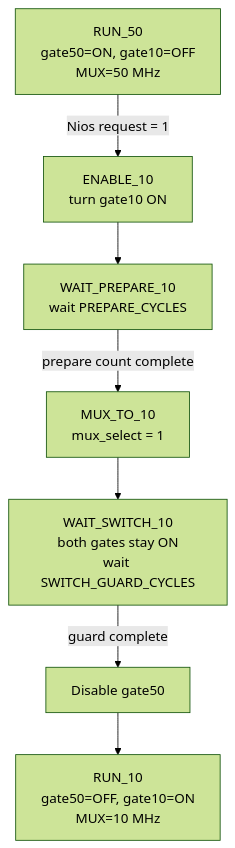
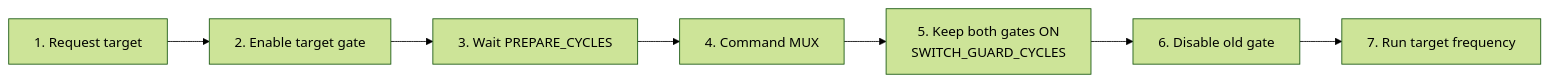
One commit to Jiayhocoding/iopll_niosv_50_10_mux_gating changed the third of 6 diagrams in README.md. Above: the diagram before and after it, drawn with Mermaid (forest theme). The commit also changed other lines of this file, not shown here.

````diff
--- a/README.md
+++ b/README.md
@@ -67,17 +103,9 @@
 ```mermaid
-flowchart TD
-    A["RUN_50<br/>gate50=ON, gate10=OFF<br/>MUX=50 MHz"]
-    B["ENABLE_10<br/>turn gate10 ON"]
-    C["WAIT_PREPARE_10<br/>wait PREPARE_CYCLES"]
-    D["MUX_TO_10<br/>mux_select = 1"]
-    E["WAIT_SWITCH_10<br/>both gates stay ON<br/>wait SWITCH_GUARD_CYCLES"]
-    F["Disable gate50"]
-    G["RUN_10<br/>gate50=OFF, gate10=ON<br/>MUX=10 MHz"]
-
-    A -->|"Nios request = 1"| B
-    B --> C
-    C -->|"prepare count complete"| D
-    D --> E
-    E -->|"guard complete"| F
-    F --> G
+flowchart LR
+    A["1. Request target"] --> B["2. Enable target gate"]
+    B --> C["3. Wait PREPARE_CYCLES"]
+    C --> D["4. Command MUX"]
+    D --> E["5. Keep both gates ON<br/>SWITCH_GUARD_CYCLES"]
+    E --> F["6. Disable old gate"]
+    F --> G["7. Run target frequency"]
 ```
````
